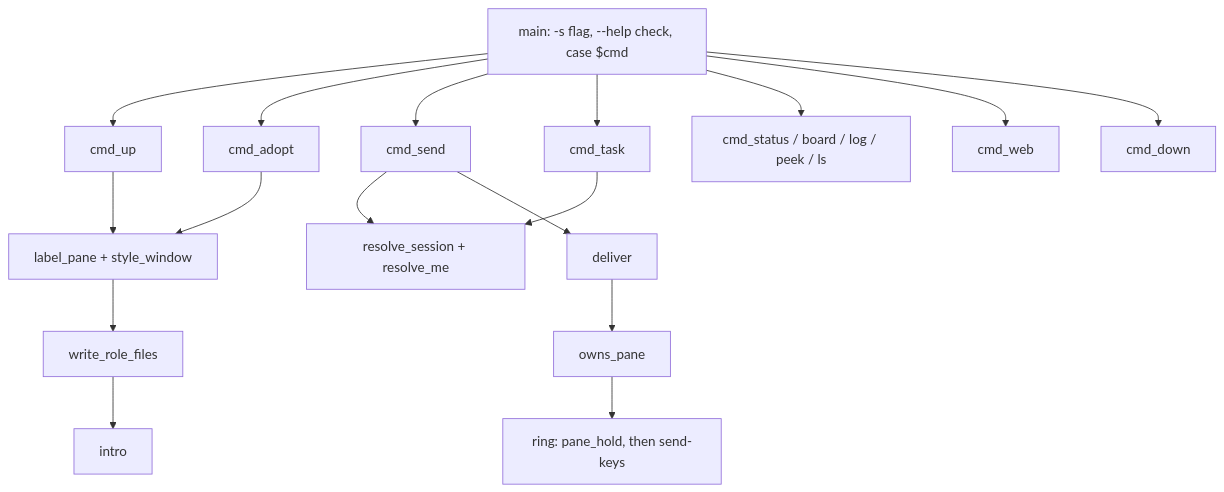
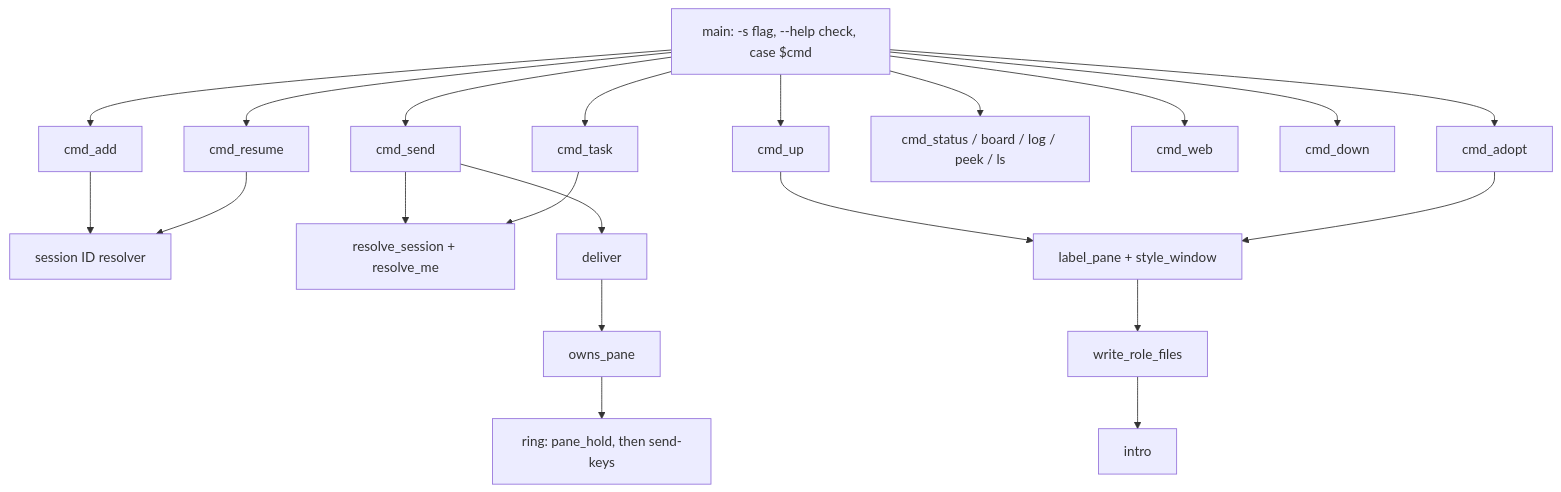
Before and after one commit to mifwar/crew: the diagram in lode/cli/summary.md, drawn with Mermaid. The commit also changed other lines of this file and 11 other files, not shown here.

First line of the commit message:
sessions: resume and fork a role's native CLI session (#23)

````diff
--- a/lode/cli/summary.md
+++ b/lode/cli/summary.md
@@ -44,7 +46,8 @@
 ```mermaid
 flowchart TD
-  main["main: -s flag, --help check, case $cmd"] --> up[cmd_up] & adopt[cmd_adopt] & send[cmd_send] & task[cmd_task] & view["cmd_status / board / log / peek / ls"] & web[cmd_web] & down[cmd_down]
+  main["main: -s flag, --help check, case $cmd"] --> up[cmd_up] & adopt[cmd_adopt] & add[cmd_add] & send[cmd_send] & task[cmd_task] & view["cmd_status / board / log / peek / ls"] & web[cmd_web] & down[cmd_down] & resume[cmd_resume]
+  add & resume --> session[session ID resolver]
   send & task --> resolve["resolve_session + resolve_me"]
   send --> deliver --> owns[owns_pane] --> ringw["ring: pane_hold, then send-keys"]
   up & adopt --> label[label_pane + style_window] --> roles[write_role_files] --> intro
 ```
````
